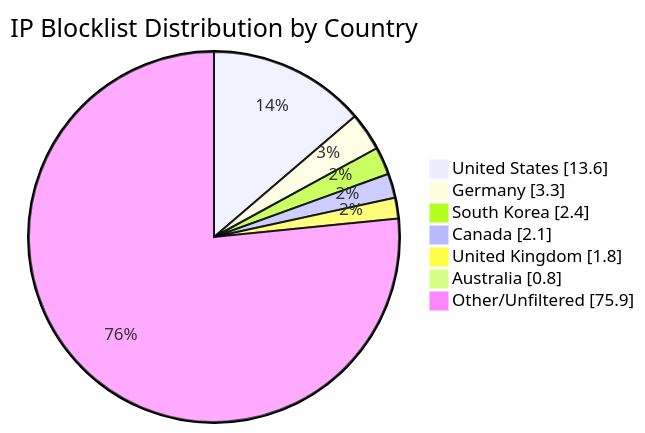
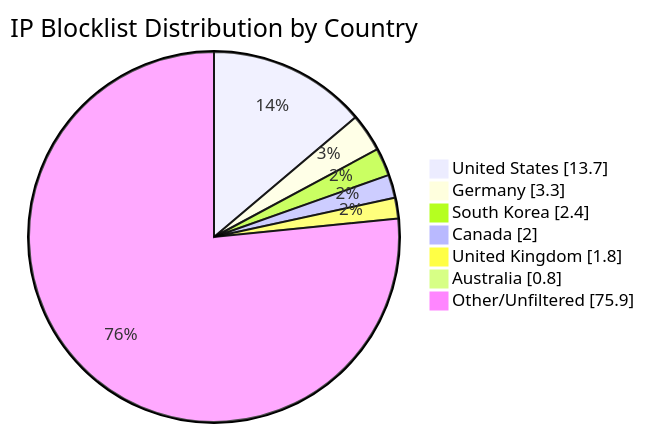
One commit to MarcusHoltz/ipblocklist-geofiltered-aggregator changed the diagram in README.md. Above: the diagram before and after it, drawn with Mermaid. The commit also changed other lines of this file and 9 other files, not shown here.

````diff
--- a/README.md
+++ b/README.md
@@ -34,10 +34,10 @@
 ```mermaid
 pie showData title IP Blocklist Distribution by Country
-"United States" : 13.6
+"United States" : 13.7
 "Germany" : 3.3
 "South Korea" : 2.4
-"Canada" : 2.1
+"Canada" : 2.0
 "United Kingdom" : 1.8
 "Australia" : 0.8
 "Other/Unfiltered" : 75.9
 ```
````
